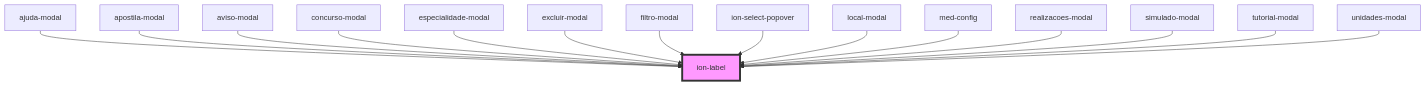
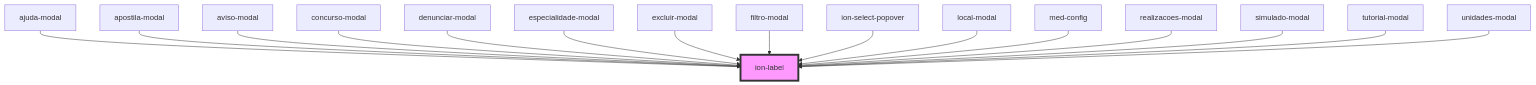
Before and after one commit to MEDGRUPOGIT/ionic-framework-1: the diagram in core/src/components/label/readme.md, drawn with Mermaid. The commit also changed other lines of this file and 17 other files, not shown here.

Commit message:
migração ionic 1 modal denunciar dúvida

````diff
--- a/core/src/components/label/readme.md
+++ b/core/src/components/label/readme.md
@@ -322,18 +323,19 @@
 ```mermaid
 graph TD;
   ajuda-modal --> ion-label
   apostila-modal --> ion-label
   aviso-modal --> ion-label
   concurso-modal --> ion-label
+  denunciar-modal --> ion-label
   especialidade-modal --> ion-label
   excluir-modal --> ion-label
   filtro-modal --> ion-label
   ion-select-popover --> ion-label
   local-modal --> ion-label
   med-config --> ion-label
   realizacoes-modal --> ion-label
   simulado-modal --> ion-label
   tutorial-modal --> ion-label
   unidades-modal --> ion-label
   style ion-label fill:#f9f,stroke:#333,stroke-width:4px
 ```
````
